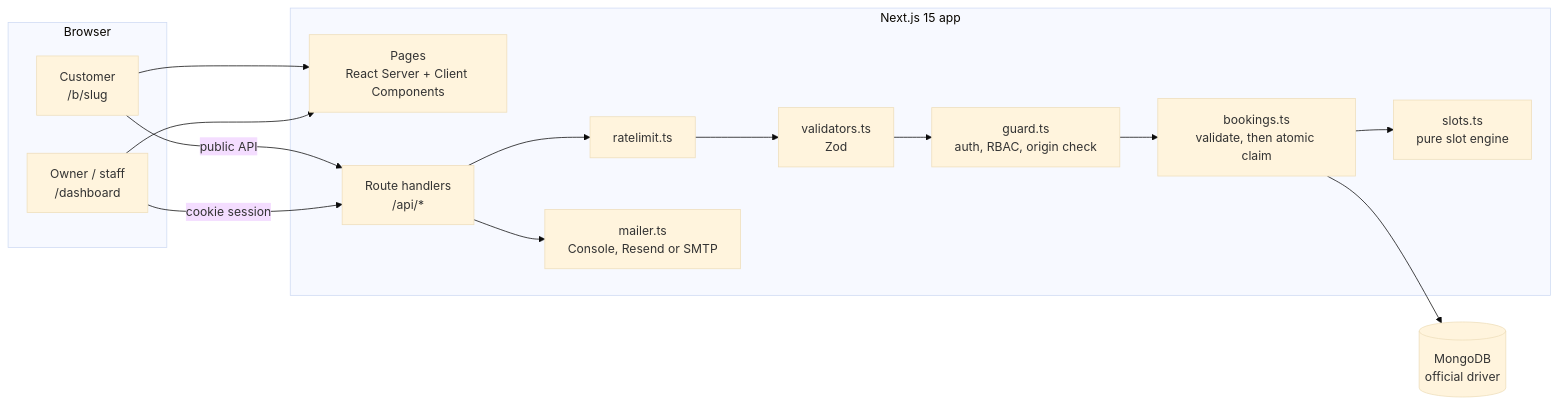
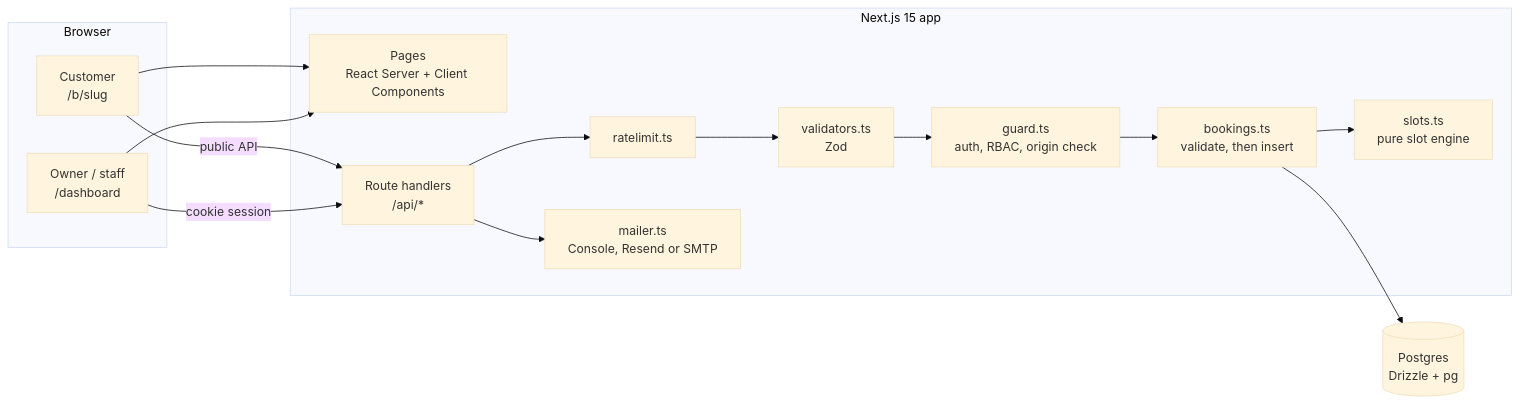
One commit to Terminator-006/Slotly changed the diagram in README.md. Above: the diagram before and after it, drawn with Mermaid (base theme). The commit also changed other lines of this file and 29 other files, not shown here.

Commit message:
Switch data layer to Postgres (Drizzle, Neon) with an EXCLUDE constraint

````diff
--- a/README.md
+++ b/README.md
@@ -56,30 +58,30 @@
 ```mermaid
 flowchart LR
   subgraph Browser
     C[Customer<br/>/b/slug]
     O[Owner / staff<br/>/dashboard]
   end
 
   subgraph Next.js 15 app
     P[Pages<br/>React Server + Client Components]
     R[Route handlers<br/>/api/*]
     G[guard.ts<br/>auth, RBAC, origin check]
     V[validators.ts<br/>Zod]
     RL[ratelimit.ts]
-    B[bookings.ts<br/>validate, then atomic claim]
+    B[bookings.ts<br/>validate, then insert]
     S[slots.ts<br/>pure slot engine]
     M[mailer.ts<br/>Console, Resend or SMTP]
   end
 
-  DB[(MongoDB<br/>official driver)]
+  DB[(Postgres<br/>Drizzle + pg)]
 
   C --> P
   O --> P
   C -->|public API| R
   O -->|cookie session| R
   R --> RL --> V --> G
   G --> B
   B --> S
   B --> DB
   R --> M
 ```
````
